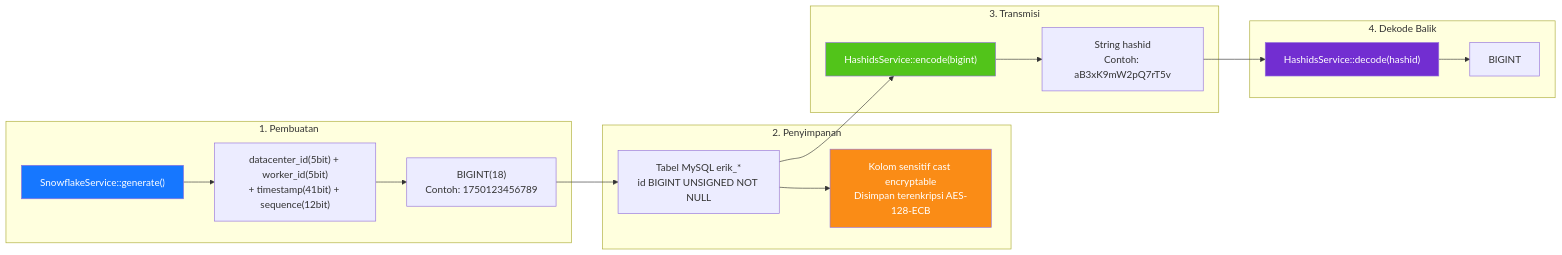
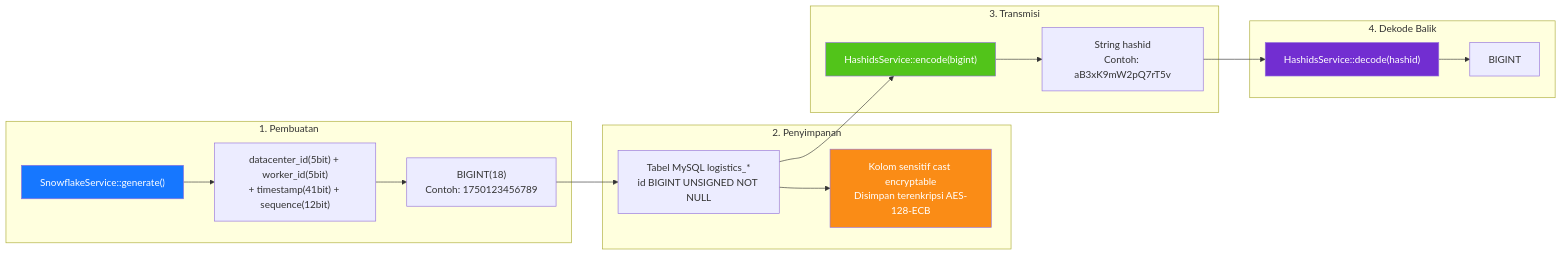
The diagram in admin/docs/diagrams/06-id-lifecycle.id.md (erikwang2013/integrated-global-logistics), drawn with Mermaid before and after one commit. The commit also changed 211 other files, not shown here.

````diff
--- a/admin/docs/diagrams/06-id-lifecycle.id.md
+++ b/admin/docs/diagrams/06-id-lifecycle.id.md
@@ -7,32 +7,32 @@
 ```mermaid
 flowchart LR
     subgraph gen["1. Pembuatan"]
         g1["SnowflakeService::generate()"]
         g2["datacenter_id(5bit) + worker_id(5bit)<br/>+ timestamp(41bit) + sequence(12bit)"]
         g3["BIGINT(18)<br/>Contoh: 1750123456789"]
         g1 --> g2 --> g3
     end
 
     subgraph store["2. Penyimpanan"]
-        s1["Tabel MySQL erik_*<br/>id BIGINT UNSIGNED NOT NULL"]
+        s1["Tabel MySQL logistics_*<br/>id BIGINT UNSIGNED NOT NULL"]
         s2["Kolom sensitif cast encryptable<br/>Disimpan terenkripsi AES-128-ECB"]
         g3 --> s1 --> s2
     end
 
     subgraph transfer["3. Transmisi"]
         t1["HashidsService::encode(bigint)"]
         t2["String hashid<br/>Contoh: aB3xK9mW2pQ7rT5v"]
         s1 --> t1 --> t2
     end
 
     subgraph reverse["4. Dekode Balik"]
         r1["HashidsService::decode(hashid)"]
         r2["BIGINT"]
         t2 --> r1 --> r2
     end
 
     style g1 fill:#1677FF,color:#fff
     style s2 fill:#FA8C16,color:#fff
     style t1 fill:#52C41A,color:#fff
     style r1 fill:#722ED1,color:#fff
 ```
````
